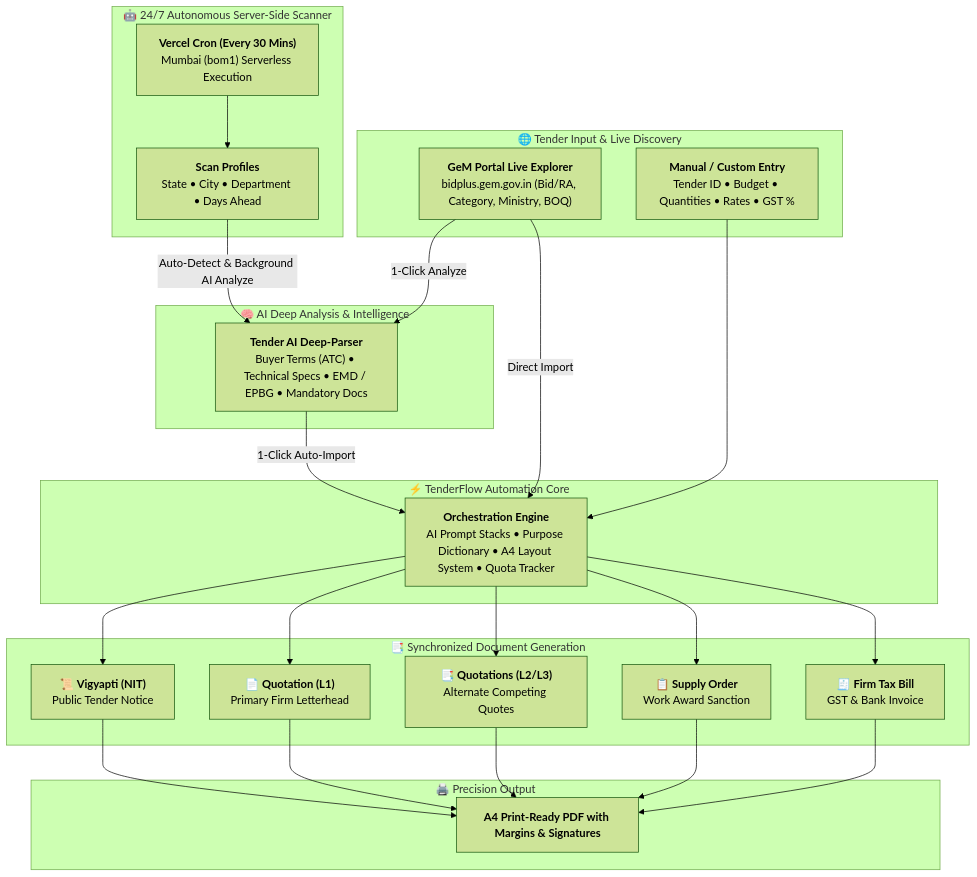
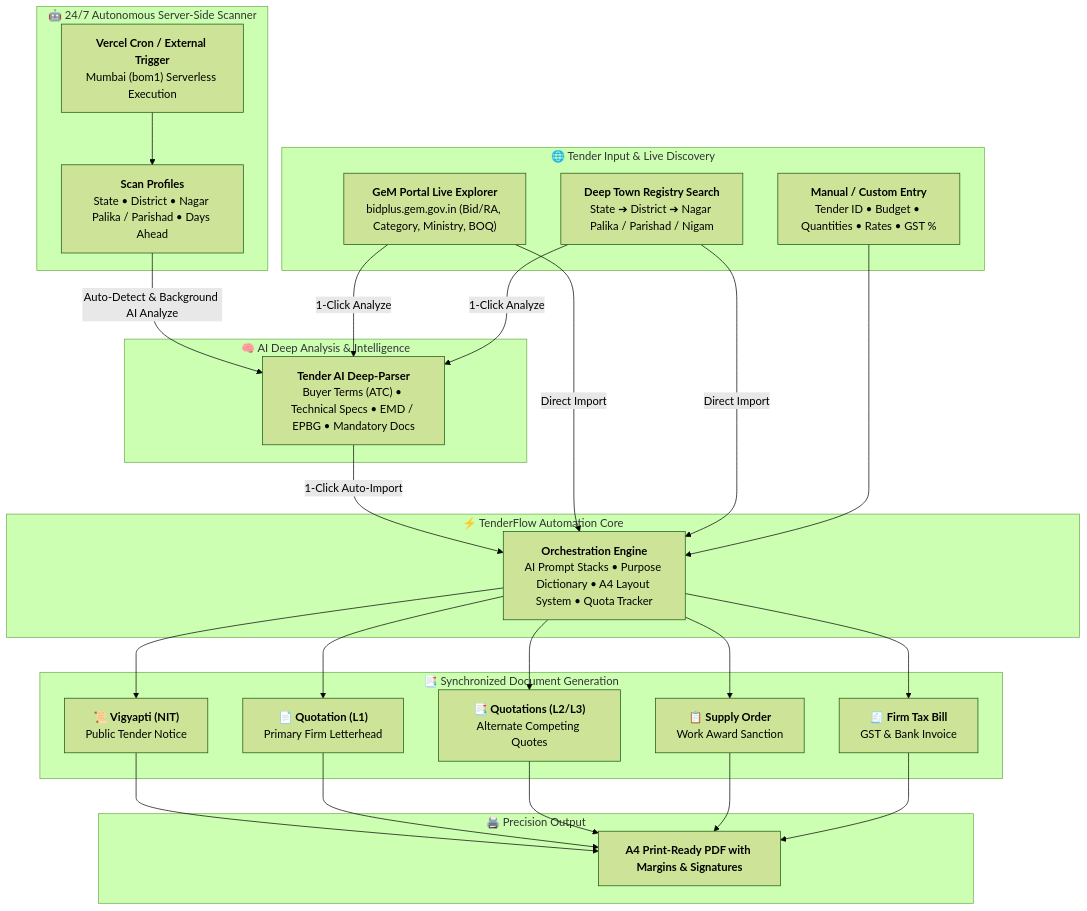
One commit to Magraa/TenderFlow-AI changed the first of 11 diagrams in README.md. Above: the diagram before and after it, drawn with Mermaid (forest theme). The commit also changed other lines of this file and 10 other files, not shown here.

Commit message:
feat: add hyper-localized state-district-town tender discovery & dynamic DOM-height PDF pagination engine

````diff
--- a/README.md
+++ b/README.md
@@ -55,45 +56,46 @@
 ```mermaid
 flowchart TD
     subgraph CRON ["🤖 24/7 Autonomous Server-Side Scanner"]
-        CS["<b>Vercel Cron (Every 30 Mins)</b><br/>Mumbai (bom1) Serverless Execution"]
-        CP["<b>Scan Profiles</b><br/>State • City • Department • Days Ahead"]
+        CS["<b>Vercel Cron / External Trigger</b><br/>Mumbai (bom1) Serverless Execution"]
+        CP["<b>Scan Profiles</b><br/>State • District • Nagar Palika / Parishad • Days Ahead"]
         CS --> CP
     end
 
     subgraph SOURCES ["🌐 Tender Input & Live Discovery"]
         G["<b>GeM Portal Live Explorer</b><br/>bidplus.gem.gov.in (Bid/RA, Category, Ministry, BOQ)"]
+        T["<b>Deep Town Registry Search</b><br/>State ➔ District ➔ Nagar Palika / Parishad / Nigam"]
         M["<b>Manual / Custom Entry</b><br/>Tender ID • Budget • Quantities • Rates • GST %"]
     end
 
     subgraph ANALYSIS ["🧠 AI Deep Analysis & Intelligence"]
         A["<b>Tender AI Deep-Parser</b><br/>Buyer Terms (ATC) • Technical Specs • EMD / EPBG • Mandatory Docs"]
     end
 
     subgraph ENGINE ["⚡ TenderFlow Automation Core"]
         O["<b>Orchestration Engine</b><br/>AI Prompt Stacks • Purpose Dictionary • A4 Layout System • Quota Tracker"]
     end
 
     subgraph OUTPUTS ["📑 Synchronized Document Generation"]
         D1["📜 <b>Vigyapti (NIT)</b><br/>Public Tender Notice"]
         D2["📄 <b>Quotation (L1)</b><br/>Primary Firm Letterhead"]
         D3["📑 <b>Quotations (L2/L3)</b><br/>Alternate Competing Quotes"]
         D4["📋 <b>Supply Order</b><br/>Work Award Sanction"]
         D5["🧾 <b>Firm Tax Bill</b><br/>GST & Bank Invoice"]
     end
 
     subgraph EXPORT ["🖨️ Precision Output"]
         P["<b>A4 Print-Ready PDF with Margins & Signatures</b>"]
     end
 
     CP -->|Auto-Detect & Background AI Analyze| A
-    G -->|1-Click Analyze| A
+    G & T -->|1-Click Analyze| A
     A -->|1-Click Auto-Import| O
-    G -->|Direct Import| O
+    G & T -->|Direct Import| O
     M --> O
     O --> D1
     O --> D2
     O --> D3
     O --> D4
     O --> D5
     D1 & D2 & D3 & D4 & D5 --> P
 ```
````
